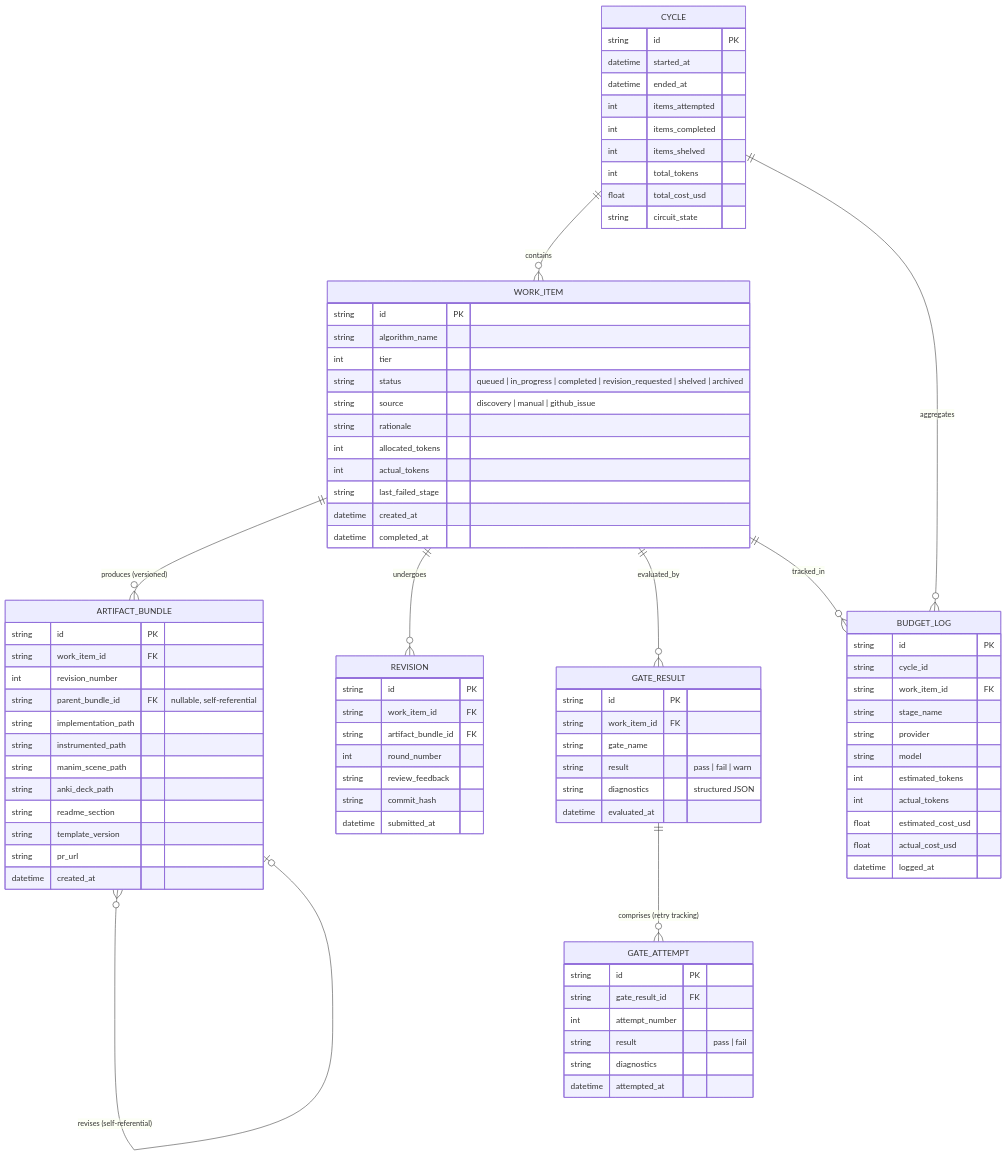
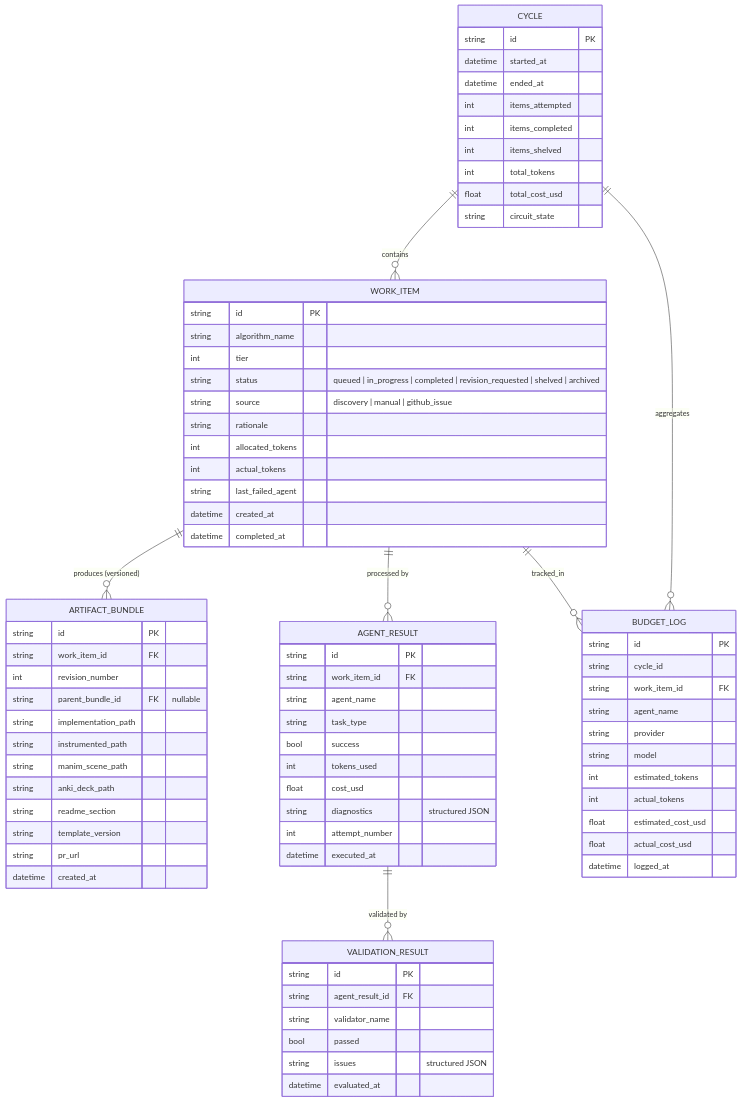
One commit to no-magic-ai/apprentice changed the ninth of 10 diagrams in docs/system-design.md. Above: the diagram before and after it, drawn with Mermaid. The commit also changed other lines of this file, not shown here.

First line of the commit message:
docs: update system design for multi-agent architecture

```diff
--- a/docs/system-design.md
+++ b/docs/system-design.md
@@ -665,7 +620,7 @@
         string rationale
         int allocated_tokens
         int actual_tokens
-        string last_failed_stage
+        string last_failed_agent
         datetime created_at
         datetime completed_at
     }
@@ -674,7 +629,7 @@
         string id PK
         string work_item_id FK
         int revision_number
-        string parent_bundle_id FK "nullable, self-referential"
+        string parent_bundle_id FK "nullable"
         string implementation_path
         string instrumented_path
         string manim_scene_path
@@ -685,29 +640,33 @@
         datetime created_at
     }
 
-    GATE_RESULT {
+    AGENT_RESULT {
         string id PK
         string work_item_id FK
-        string gate_name
-        string result "pass | fail | warn"
+        string agent_name
+        string task_type
+        bool success
+        int tokens_used
+        float cost_usd
         string diagnostics "structured JSON"
-        datetime evaluated_at
+        int attempt_number
+        datetime executed_at
     }
 
-    GATE_ATTEMPT {
+    VALIDATION_RESULT {
         string id PK
-        string gate_result_id FK
-        int attempt_number
-        string result "pass | fail"
-        string diagnostics
-        datetime attempted_at
+        string agent_result_id FK
+        string validator_name
+        bool passed
+        string issues "structured JSON"
+        datetime evaluated_at
     }
 
     BUDGET_LOG {
         string id PK
         string cycle_id
         string work_item_id FK
-        string stage_name
+        string agent_name
         string provider
         string model
         int estimated_tokens
@@ -715,16 +674,6 @@
         float estimated_cost_usd
         float actual_cost_usd
         datetime logged_at
-    }
-
-    REVISION {
-        string id PK
-        string work_item_id FK
-        string artifact_bundle_id FK
-        int round_number
-        string review_feedback
-        string commit_hash
-        datetime submitted_at
     }
 
     CYCLE {
@@ -740,10 +689,8 @@
     }
 
     WORK_ITEM ||--o{ ARTIFACT_BUNDLE : "produces (versioned)"
-    ARTIFACT_BUNDLE }o--o| ARTIFACT_BUNDLE : "revises (self-referential)"
-    WORK_ITEM ||--o{ REVISION : undergoes
-    WORK_ITEM ||--o{ GATE_RESULT : evaluated_by
-    GATE_RESULT ||--o{ GATE_ATTEMPT : "comprises (retry tracking)"
+    WORK_ITEM ||--o{ AGENT_RESULT : "processed by"
+    AGENT_RESULT ||--o{ VALIDATION_RESULT : "validated by"
     WORK_ITEM ||--o{ BUDGET_LOG : tracked_in
     CYCLE ||--o{ WORK_ITEM : contains
     CYCLE ||--o{ BUDGET_LOG : aggregates
```
